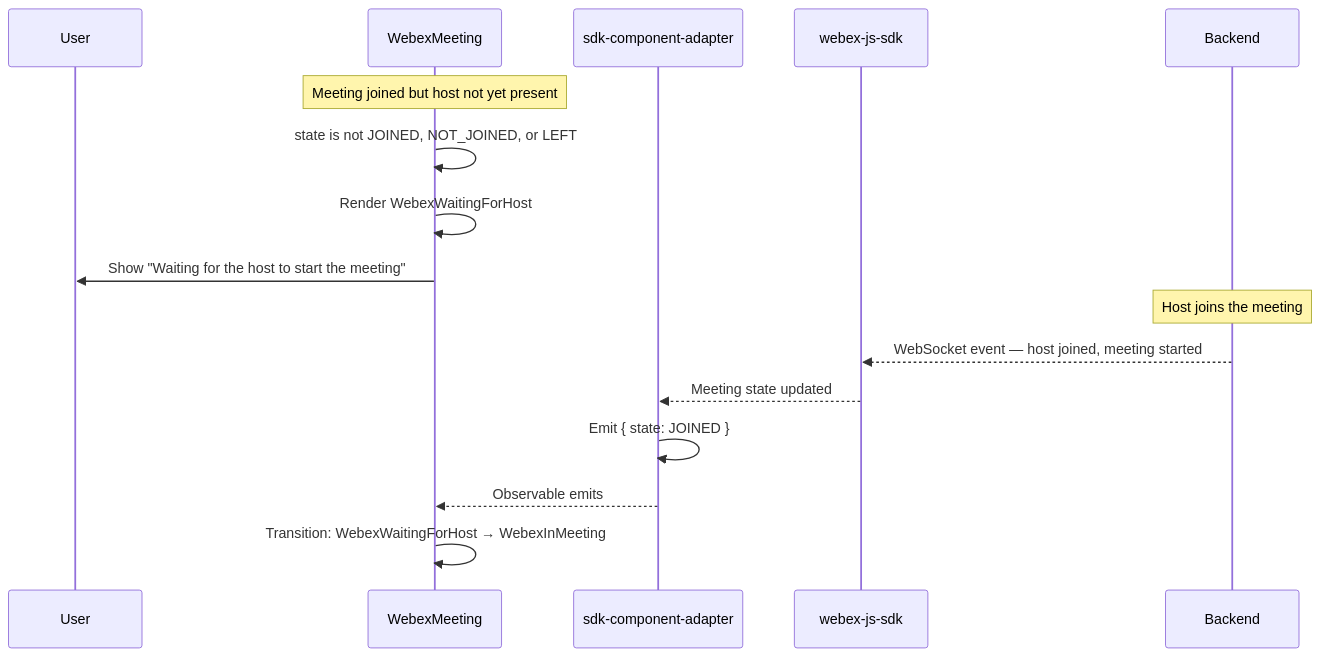
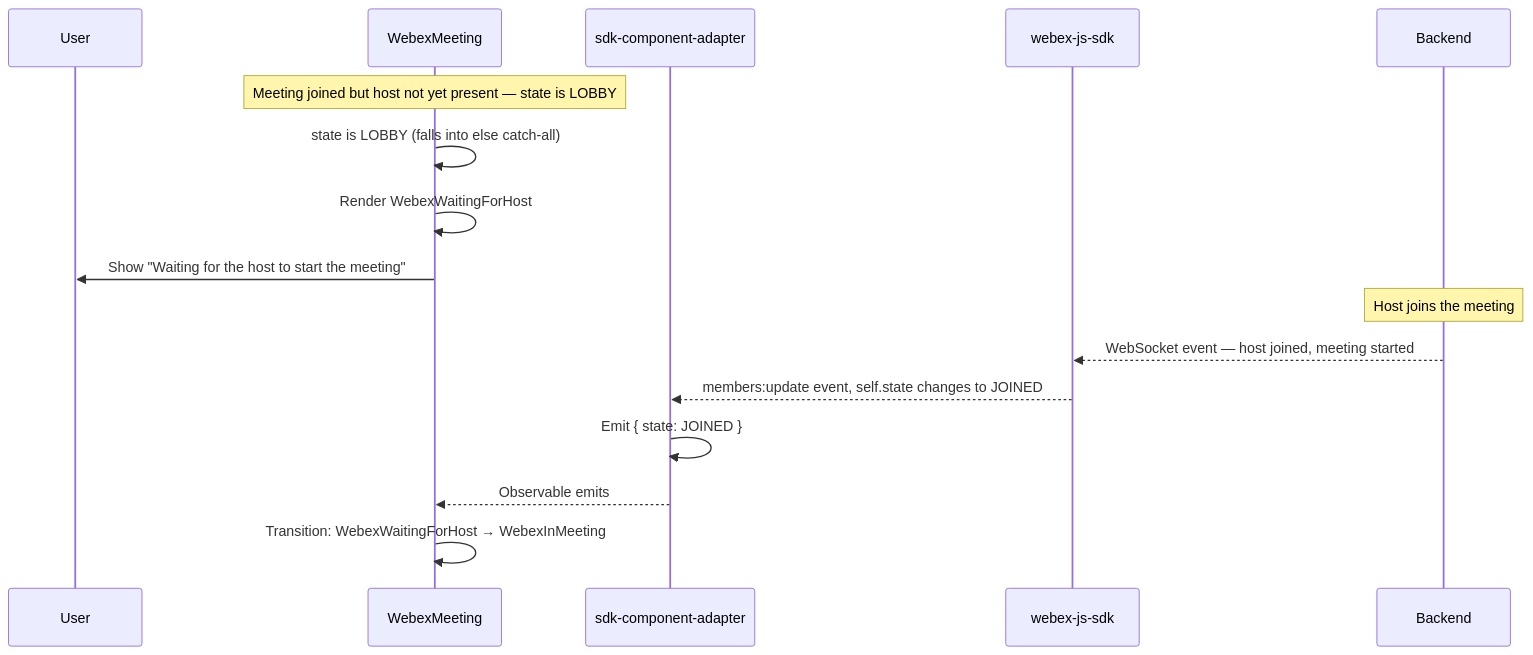
Before and after one commit to webex/widgets: diagram 12 of 13 in packages/@webex/widgets/ai-docs/ARCHITECTURE.md, drawn with Mermaid. The commit also changed other lines of this file and 1 other file, not shown here.

Commit message:
docs(ai-docs): mention lobby

````diff
--- a/packages/@webex/widgets/ai-docs/ARCHITECTURE.md
+++ b/packages/@webex/widgets/ai-docs/ARCHITECTURE.md
@@ -635,23 +635,23 @@
 ```mermaid
 sequenceDiagram
     participant User
     participant Component as WebexMeeting
     participant Adapter as sdk-component-adapter
     participant SDK as webex-js-sdk
     participant Backend
 
-    Note over Component: Meeting joined but host not yet present
+    Note over Component: Meeting joined but host not yet present — state is LOBBY
 
-    Component->>Component: state is not JOINED, NOT_JOINED, or LEFT
+    Component->>Component: state is LOBBY (falls into else catch-all)
     Component->>Component: Render WebexWaitingForHost
     Component->>User: Show "Waiting for the host to start the meeting"
 
     Note over Backend: Host joins the meeting
 
     Backend-->>SDK: WebSocket event — host joined, meeting started
-    SDK-->>Adapter: Meeting state updated
+    SDK-->>Adapter: members:update event, self.state changes to JOINED
     Adapter->>Adapter: Emit { state: JOINED }
     Adapter-->>Component: Observable emits
 
     Component->>Component: Transition: WebexWaitingForHost → WebexInMeeting
 ```
````
